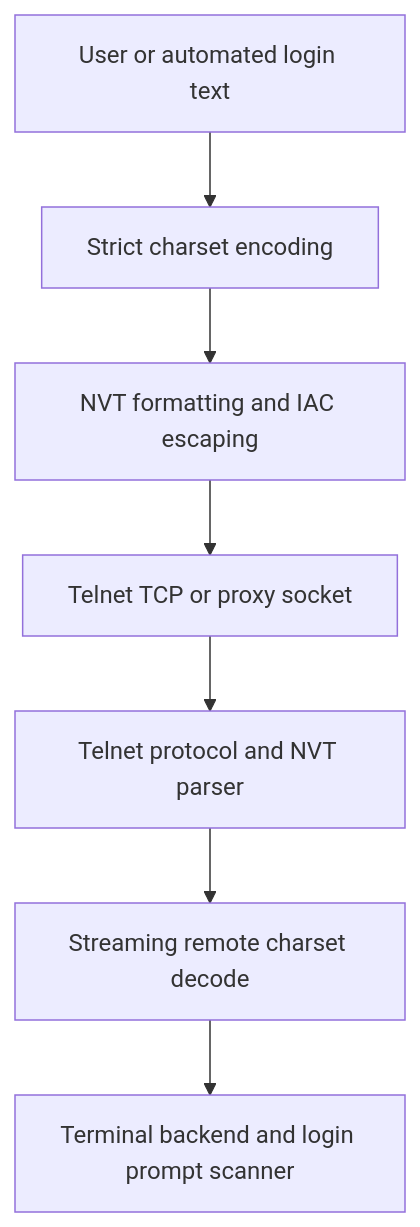
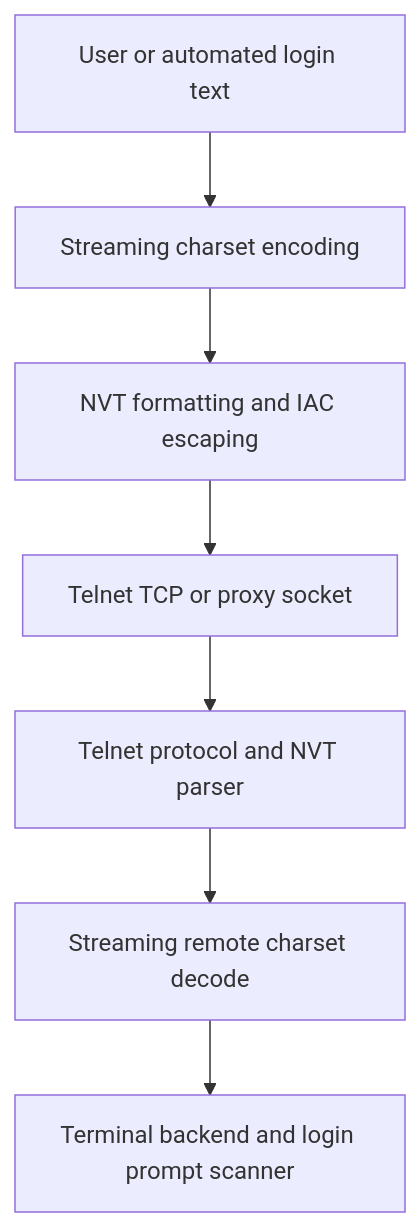
One commit to AkinoKaede/Termind changed the fourth of 4 diagrams in openwiki/concepts/shell-integration.md. Above: the diagram before and after it, drawn with Mermaid. The commit also changed other lines of this file and 70 other files, not shown here.

````diff
--- a/openwiki/concepts/shell-integration.md
+++ b/openwiki/concepts/shell-integration.md
@@ -190,9 +193,9 @@
 ```mermaid
 flowchart TD
     Wire[Telnet TCP or proxy socket] --> Protocol[Telnet protocol and NVT parser]
     Protocol --> Decode[Streaming remote charset decode]
     Decode --> Backend[Terminal backend and login prompt scanner]
-    Input[User or automated login text] --> Encode[Strict charset encoding]
+    Input[User or automated login text] --> Encode[Streaming charset encoding]
     Encode --> NVT[NVT formatting and IAC escaping]
     NVT --> Wire
 ```
````
